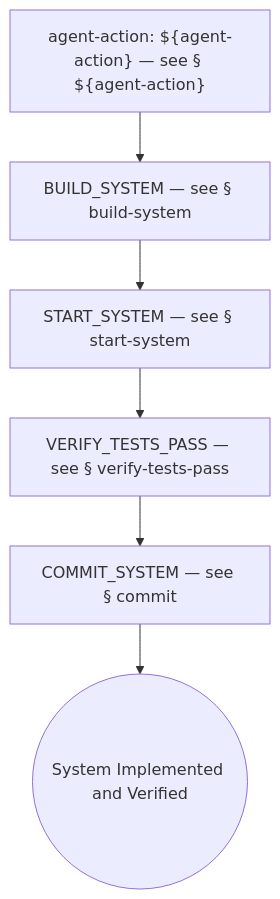
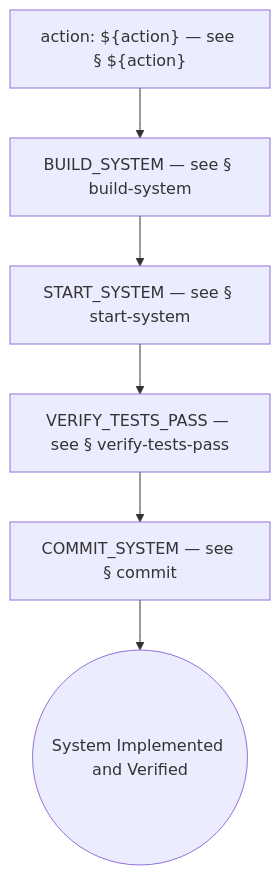
Before and after one commit to optivem/gh-optivem: diagram 21 of 50 in docs/process-diagram.md, drawn with Mermaid. The commit also changed other lines of this file and 6 other files, not shown here.

````diff
--- a/docs/process-diagram.md
+++ b/docs/process-diagram.md
@@ -446,15 +446,15 @@
 ```mermaid
 flowchart TD
     BUILD_SYSTEM[BUILD_SYSTEM — see § build-system]
-    CALL_AGENT_ACTION["agent-action: ${agent-action} — see § ${agent-action}"]
     COMMIT_SYSTEM[COMMIT_SYSTEM — see § commit]
     IMPL_AND_VERIFY_SYSTEM_END((System Implemented and Verified))
+    RUN_ACTION["action: ${action} — see § ${action}"]
     START_SYSTEM[START_SYSTEM — see § start-system]
     VERIFY_TESTS_PASS[VERIFY_TESTS_PASS — see § verify-tests-pass]
 
-    CALL_AGENT_ACTION --> BUILD_SYSTEM
+    RUN_ACTION --> BUILD_SYSTEM
     BUILD_SYSTEM --> START_SYSTEM
     START_SYSTEM --> VERIFY_TESTS_PASS
     VERIFY_TESTS_PASS --> COMMIT_SYSTEM
     COMMIT_SYSTEM --> IMPL_AND_VERIFY_SYSTEM_END
 ```
````
